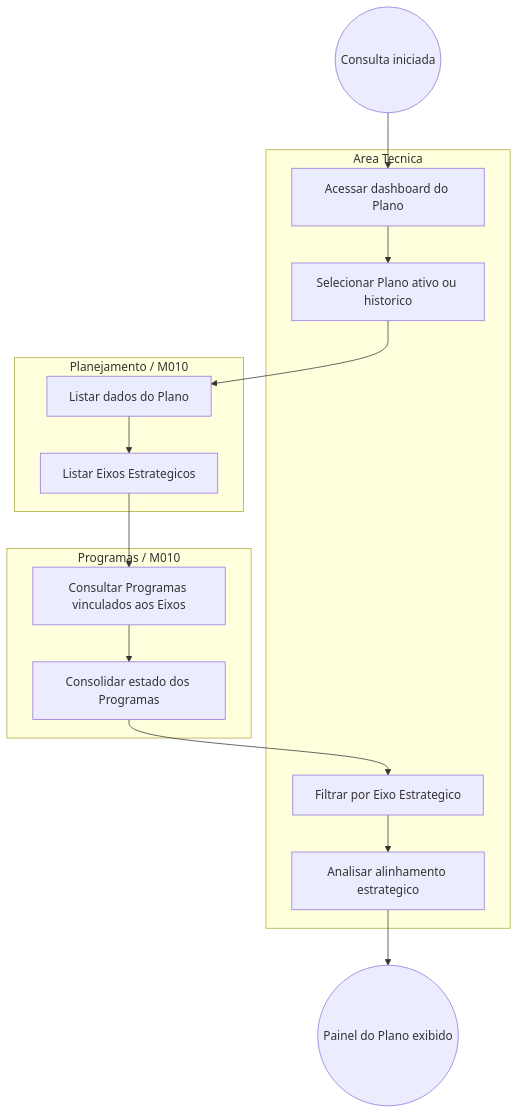
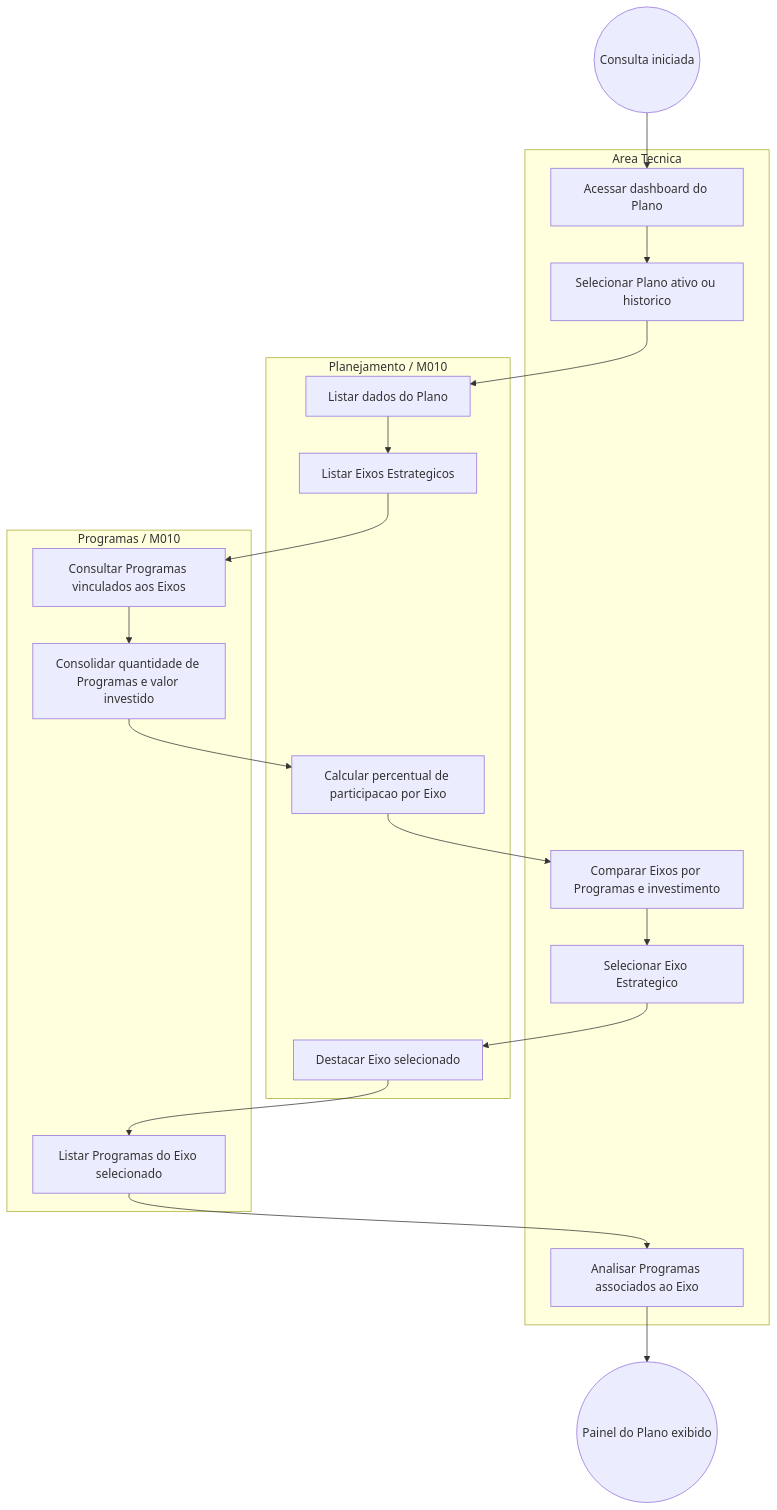
Before and after one commit to Czzped/conecta-fapes-teste: the fourth of 4 diagrams in docs/implementation/modules/M010-planejamento-estrategia/planejamento/processo.md, drawn with Mermaid. The commit also changed other lines of this file and 85 other files, not shown here.

````diff
--- a/docs/implementation/modules/M010-planejamento-estrategia/planejamento/processo.md
+++ b/docs/implementation/modules/M010-planejamento-estrategia/planejamento/processo.md
@@ -162,24 +162,28 @@
 ```mermaid
 flowchart TB
     inicio((Consulta iniciada))
     fim((Painel do Plano exibido))
 
     subgraph area["Area Tecnica"]
         A1["Acessar dashboard do Plano"]
         A2["Selecionar Plano ativo ou historico"]
-        A3["Filtrar por Eixo Estrategico"]
-        A4["Analisar alinhamento estrategico"]
+        A3["Comparar Eixos por Programas e investimento"]
+        A4["Selecionar Eixo Estrategico"]
+        A5["Analisar Programas associados ao Eixo"]
     end
 
     subgraph planejamento["Planejamento / M010"]
         P1["Listar dados do Plano"]
         P2["Listar Eixos Estrategicos"]
+        P3["Calcular percentual de participacao por Eixo"]
+        P4["Destacar Eixo selecionado"]
     end
 
     subgraph programas["Programas / M010"]
         PR1["Consultar Programas vinculados aos Eixos"]
-        PR2["Consolidar estado dos Programas"]
+        PR2["Consolidar quantidade de Programas e valor investido"]
+        PR3["Listar Programas do Eixo selecionado"]
     end
 
-    inicio --> A1 --> A2 --> P1 --> P2 --> PR1 --> PR2 --> A3 --> A4 --> fim
+    inicio --> A1 --> A2 --> P1 --> P2 --> PR1 --> PR2 --> P3 --> A3 --> A4 --> P4 --> PR3 --> A5 --> fim
 ```
````
